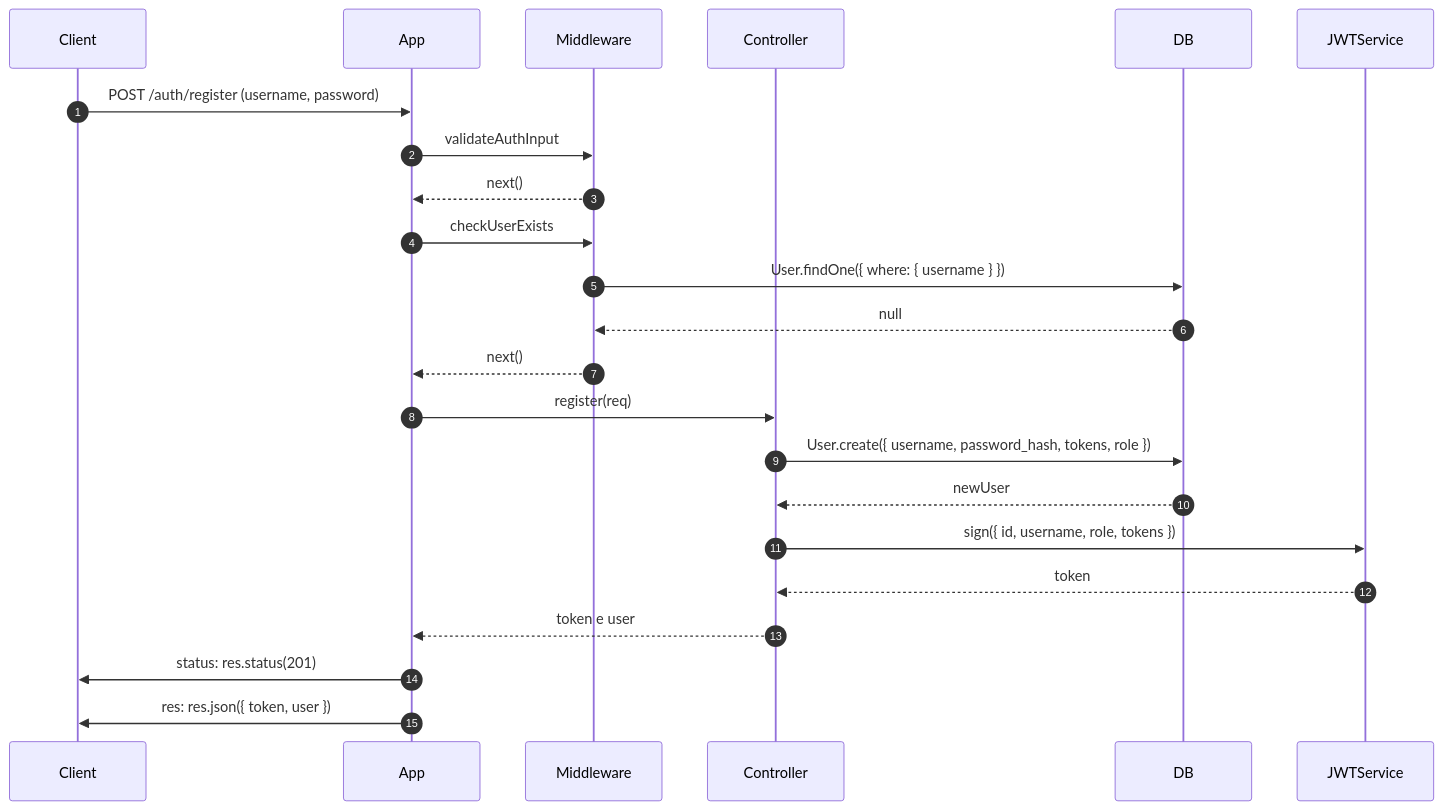
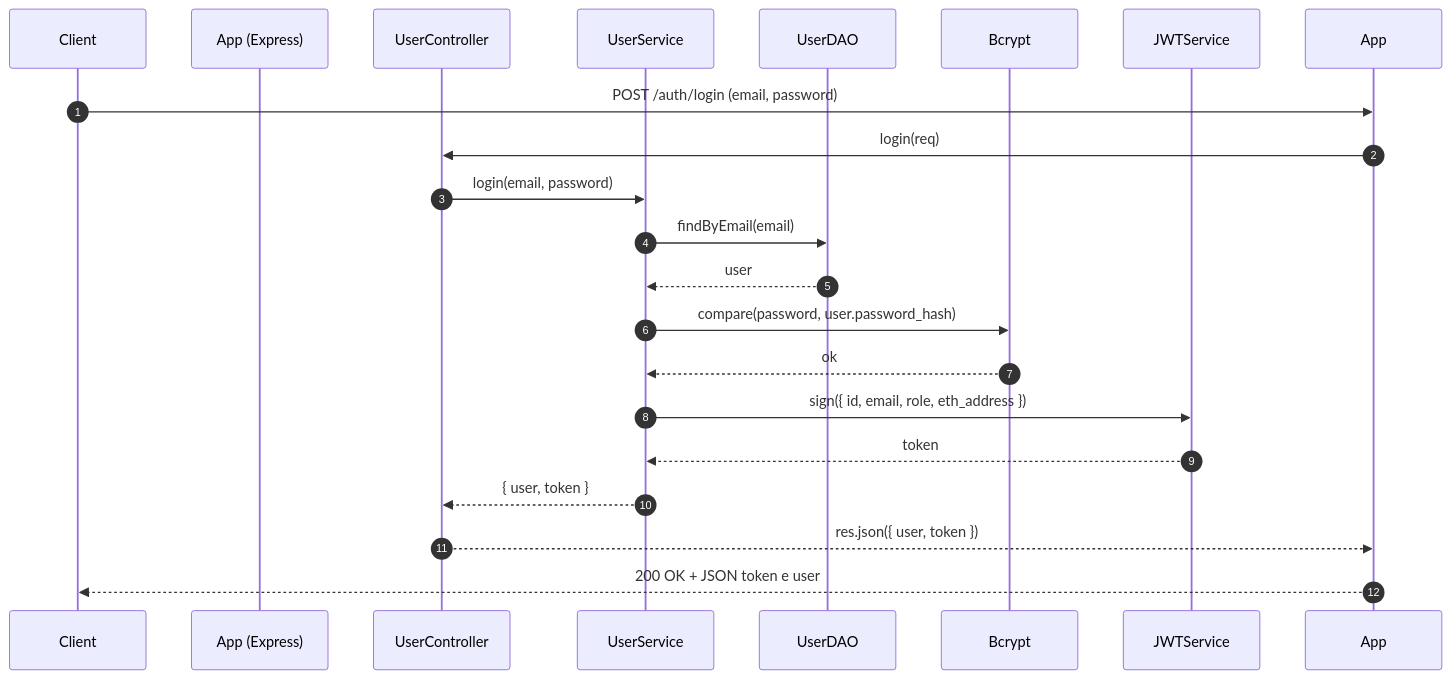
The first of 4 diagrams in progavan/README.md (S1090833/pro), drawn with Mermaid before and after one commit. The commit also changed other lines of this file and 1 other file, not shown here.

````diff
--- a/progavan/README.md
+++ b/progavan/README.md
@@ -31,32 +40,34 @@
 ```mermaid
 sequenceDiagram
   autonumber
+
   participant Client
-  participant App
-  participant Middleware
-  participant Controller
-  participant DB
+  participant App (Express)
+  participant UserController
+  participant UserService
+  participant UserDAO
+  participant Bcrypt
   participant JWTService
 
-  Client->>App: POST /auth/register (username, password)
+  Client->>App: POST /auth/login (email, password)
 
-  App->>Middleware: validateAuthInput
-  Middleware-->>App: next()
+  App->>UserController: login(req)
 
-  App->>Middleware: checkUserExists
-  Middleware->>DB: User.findOne({ where: { username } })
-  DB-->>Middleware: null
-  Middleware-->>App: next()
+  UserController->>UserService: login(email, password)
 
-  App->>Controller: register(req)
-  Controller->>DB: User.create({ username, password_hash, tokens, role })
-  DB-->>Controller: newUser
+  UserService->>UserDAO: findByEmail(email)
+  UserDAO-->>UserService: user
 
-  Controller->>JWTService: sign({ id, username, role, tokens })
-  JWTService-->>Controller: token
+  UserService->>Bcrypt: compare(password, user.password_hash)
+  Bcrypt-->>UserService: ok
 
-  Controller-->>App: token e user
+  UserService->>JWTService: sign({ id, email, role, eth_address })
+  JWTService-->>UserService: token
 
-  App->>Client: status: res.status(201)
-  App->>Client: res: res.json({ token, user })
+  UserService-->>UserController: { user, token }
+
+  UserController-->>App: res.json({ user, token })
+
+  App-->>Client: 200 OK + JSON token e user
+
 ```
````
